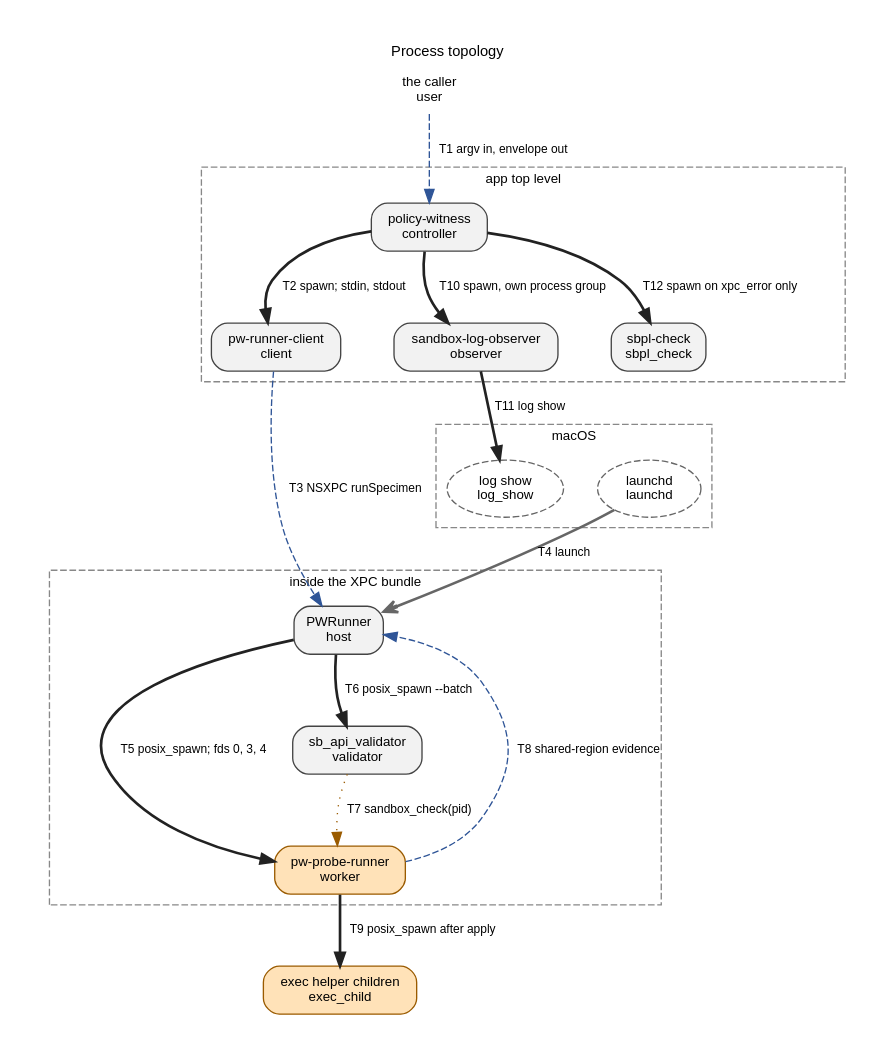
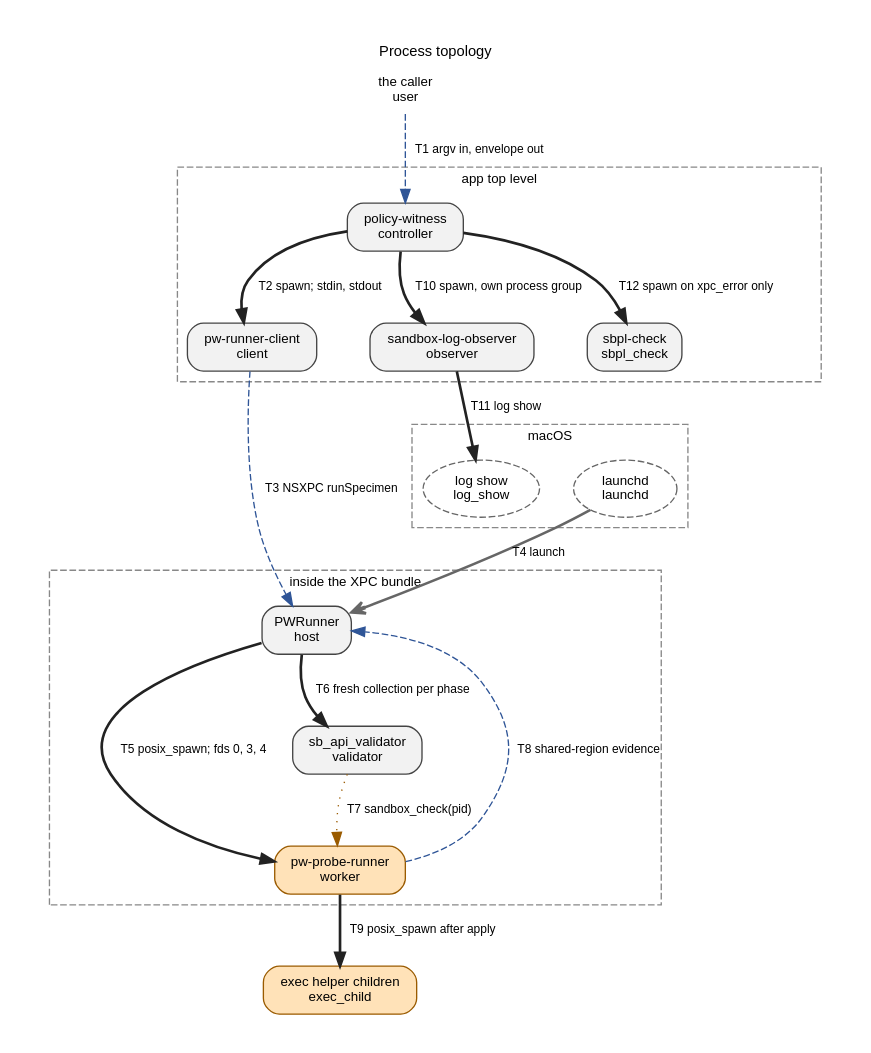
Before and after one commit to Protonk/PolicyWitness: the diagram in docs/architecture-topology.dot, drawn with Graphviz. The commit also changed 111 other files, not shown here.

Commit message:
Implement ordered specimen phases and bounded per-phase collection

```diff
--- a/docs/architecture-topology.dot
+++ b/docs/architecture-topology.dot
@@ -1,46 +1,46 @@
 digraph topology {
     graph [rankdir=TB, bgcolor="white", fontname="Helvetica", fontsize=11, label="Process topology", labelloc=t, pad=0.3, nodesep=0.35, ranksep=0.6];
     node [fontname="Helvetica", fontsize=10];
     edge [fontname="Helvetica", fontsize=9];
     subgraph cluster_app {
         label="app top level"; style=dashed; color="#888888"; fontsize=10;
         controller;
         client;
         observer;
         sbpl_check;
     }
     subgraph cluster_xpc {
         label="inside the XPC bundle"; style=dashed; color="#888888"; fontsize=10;
         host;
         worker;
         validator;
     }
     subgraph cluster_os {
         label="macOS"; style=dashed; color="#888888"; fontsize=10;
         launchd;
         log_show;
     }
     user [shape="plaintext", label="the caller\nuser", URL="ARCHITECTURE.md#process-topology-nodes", tooltip="user: the caller | a shell or a harness; owns the request file and reads the envelope "];
     controller [shape="box", style="rounded,filled", fillcolor="#f2f2f2", color="#444444", label="policy-witness\ncontroller", URL="ARCHITECTURE.md#process-topology-nodes", tooltip="controller: policy-witness | Rust; app top level; the caller; no; none; one run "];
     client [shape="box", style="rounded,filled", fillcolor="#f2f2f2", color="#444444", label="pw-runner-client\nclient", URL="ARCHITECTURE.md#process-topology-nodes", tooltip="client: pw-runner-client | Swift; app top level; the controller; no; none; one run "];
     host [shape="box", style="rounded,filled", fillcolor="#f2f2f2", color="#444444", label="PWRunner\nhost", URL="ARCHITECTURE.md#process-topology-nodes", tooltip="host: PWRunner | Swift; inside the XPC bundle; launchd: XPC service lookup, or a Mach service for BYOXPC; no; none, by the invariance rule; one specimen; exits 50 milliseconds after replying All authorized connections share one terminal, locked request claim. Only its owner schedules host exit; connections racing retirement can still fail before refusal."];
-    worker [shape="box", style="rounded,filled", fillcolor="#ffe2b8", color="#9a5b00", label="pw-probe-runner\nworker", URL="ARCHITECTURE.md#process-topology-nodes", tooltip="worker: pw-probe-runner | C; inside the XPC bundle; the host; yes; applies the specimen policy to itself; sandbox_compile_string, params, sandbox_apply; until the host requests exit; spins after done "];
+    worker [shape="box", style="rounded,filled", fillcolor="#ffe2b8", color="#9a5b00", label="pw-probe-runner\nworker", URL="ARCHITECTURE.md#process-topology-nodes", tooltip="worker: pw-probe-runner | C; inside the XPC bundle; the host; yes; applies the specimen policy to itself; sandbox_compile_string, params, sandbox_apply; one specimen; one application and all ordered phases "];
     exec_child [shape="box", style="rounded,filled", fillcolor="#ffe2b8", color="#9a5b00", label="exec helper children\nexec_child", URL="ARCHITECTURE.md#process-topology-nodes", tooltip="exec_child: exec helper children | caller-supplied; the caller's path; the worker; inherit the worker's sandbox; none of PolicyWitness's; the worker's waits are bounded by the exec deadline and the attempt budget; a descendant that leaves the child's process group is not contained "];
-    validator [shape="box", style="rounded,filled", fillcolor="#f2f2f2", color="#444444", label="sb_api_validator\nvalidator", URL="ARCHITECTURE.md#process-topology-nodes", tooltip="validator: sb_api_validator | C; inside the XPC bundle; the host, after applied; no; sandbox_check; one batch "];
+    validator [shape="box", style="rounded,filled", fillcolor="#f2f2f2", color="#444444", label="sb_api_validator\nvalidator", URL="ARCHITECTURE.md#process-topology-nodes", tooltip="validator: sb_api_validator | C; inside the XPC bundle; the host at each eligible phase arrival; no; sandbox_check; one phase collection "];
     observer [shape="box", style="rounded,filled", fillcolor="#f2f2f2", color="#444444", label="sandbox-log-observer\nobserver", URL="ARCHITECTURE.md#process-topology-nodes", tooltip="observer: sandbox-log-observer | Rust; app top level; the controller, after execution completes, in its own process group; no; none; one scan "];
     log_show [shape="ellipse", style="dashed", color="#666666", label="log show\nlog_show", URL="ARCHITECTURE.md#process-topology-nodes", tooltip="log_show: log show | OS; /usr/bin/log; the observer; no; none; one query "];
     sbpl_check [shape="box", style="rounded,filled", fillcolor="#f2f2f2", color="#444444", label="sbpl-check\nsbpl_check", URL="ARCHITECTURE.md#process-topology-nodes", tooltip="sbpl_check: sbpl-check | Rust; app top level; the controller, only for an admitted xpc_error reply; no; sandbox_compile_string and params; never applies; one compile "];
     launchd [shape="ellipse", style="dashed", color="#666666", label="launchd\nlaunchd", URL="ARCHITECTURE.md#process-topology-nodes", tooltip="launchd: launchd | OS; system; no; none "];
     user -> controller [style="dashed", color="#2f5597", label="T1 argv in, envelope out", URL="ARCHITECTURE.md#process-topology-edges", tooltip="T1: argv in; one JSON envelope on stdout |  "];
     controller -> client [style="bold", color="#222222", label="T2 spawn; stdin, stdout", URL="ARCHITECTURE.md#process-topology-edges", tooltip="T2: spawn; held request on stdin, read to EOF; reply on stdout |  "];
     client -> host [style="dashed", color="#2f5597", label="T3 NSXPC runSpecimen", URL="ARCHITECTURE.md#process-topology-edges", tooltip="T3: NSXPC runSpecimen(Data) and its reply |  "];
     launchd -> host [style="bold", color="#666666", arrowhead="vee", label="T4 launch", URL="ARCHITECTURE.md#process-topology-edges", tooltip="T4: start on XPC lookup, or as a Mach service (BYOXPC) |  "];
     host -> worker [style="bold", color="#222222", label="T5 posix_spawn; fds 0, 3, 4", URL="ARCHITECTURE.md#process-topology-edges", tooltip="T5: posix_spawn; fd 0 policy pipe, fd 3 shared region, fd 4 ready pipe |  Policy delivery uses nonblocking writes under one absolute monotonic deadline (the worker_policy_transfer limit) beginning after spawn. Expiry closes input and enters cleanup before readiness or sentinel polling."];
-    host -> validator [style="bold", color="#222222", label="T6 posix_spawn --batch", URL="ARCHITECTURE.md#process-topology-edges", tooltip="T6: posix_spawn --batch <pid>; NDJSON probes in, verdicts out |  "];
+    host -> validator [style="bold", color="#222222", label="T6 fresh collection per phase", URL="ARCHITECTURE.md#process-topology-edges", tooltip="T6: fresh posix_spawn --batch <pid> per eligible phase; bounded NDJSON |  "];
     validator -> worker [style="dotted", color="#9a5b00", label="T7 sandbox_check(pid)", URL="ARCHITECTURE.md#process-topology-edges", tooltip="T7: sandbox_check against the worker PID, with SANDBOX_CHECK_NO_REPORT |  "];
-    worker -> host [style="dashed", color="#2f5597", label="T8 shared-region evidence", URL="ARCHITECTURE.md#process-topology-edges", tooltip="T8: evidence published in the shared region with release ordering; proceed waited for before attempts |  "];
+    worker -> host [style="dashed", color="#2f5597", label="T8 shared-region evidence", URL="ARCHITECTURE.md#process-topology-edges", tooltip="T8: immutable phase arrivals, acknowledgements and completions; numbered releases before actions |  "];
     worker -> exec_child [style="bold", color="#222222", label="T9 posix_spawn after apply", URL="ARCHITECTURE.md#process-topology-edges", tooltip="T9: posix_spawn after apply; stdout and stderr pipes into bounded slot buffers |  "];
     controller -> observer [style="bold", color="#222222", label="T10 spawn, own process group", URL="ARCHITECTURE.md#process-topology-edges", tooltip="T10: spawn in its own process group after execution; budget on argv; JSON report on stdout |  "];
     observer -> log_show [style="bold", color="#222222", label="T11 log show", URL="ARCHITECTURE.md#process-topology-edges", tooltip="T11: log show over the padded client span; text on stdout, bounded |  "];
     controller -> sbpl_check [style="bold", color="#222222", label="T12 spawn on xpc_error only", URL="ARCHITECTURE.md#process-topology-edges", tooltip="T12: spawn only for an admitted xpc_error reply; held request in; helper envelope out |  "];
 }
```
